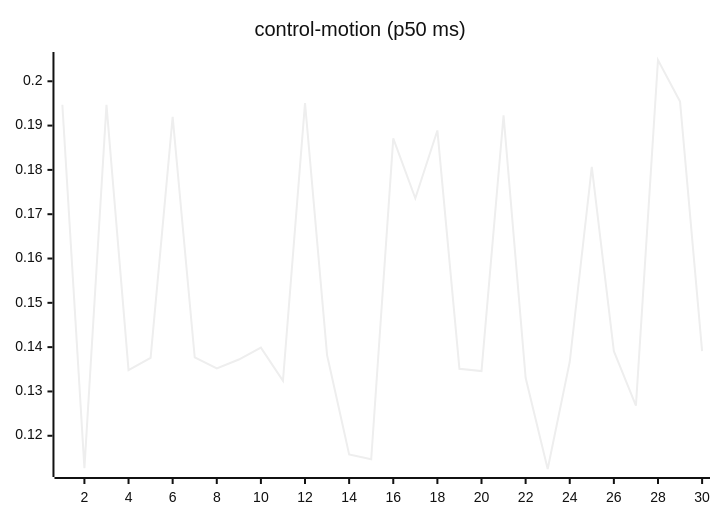
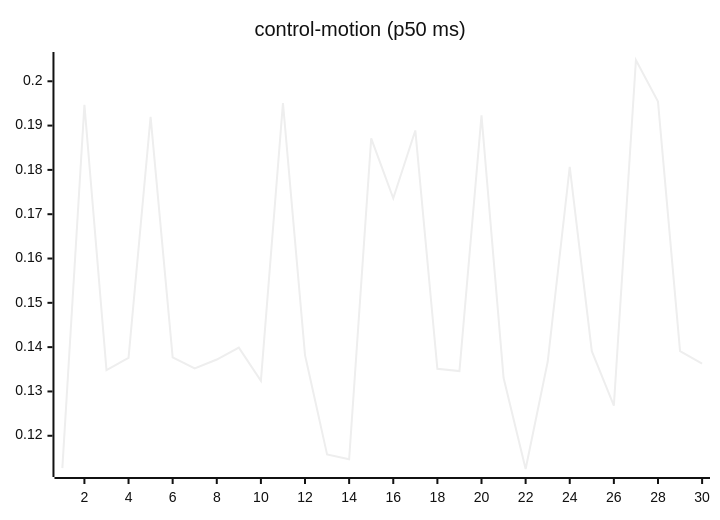
The seventh of 27 diagrams in README.md (josha/Facet), drawn with Mermaid (neutral theme) before and after one commit. The commit also changed other lines of this file and 2 other files, not shown here.

````diff
--- a/README.md
+++ b/README.md
@@ -105,6 +105,6 @@
 ```mermaid
 xychart-beta
     title "control-motion (p50 ms)"
     x-axis 1 --> 30
-    line [0.1947, 0.1127, 0.1947, 0.1348, 0.1376, 0.1920, 0.1377, 0.1352, 0.1372, 0.1399, 0.1324, 0.1951, 0.1382, 0.1158, 0.1147, 0.1871, 0.1736, 0.1889, 0.1351, 0.1346, 0.1923, 0.1331, 0.1125, 0.1367, 0.1807, 0.1391, 0.1268, 0.2048, 0.1954, 0.1391]
+    line [0.1127, 0.1947, 0.1348, 0.1376, 0.1920, 0.1377, 0.1352, 0.1372, 0.1399, 0.1324, 0.1951, 0.1382, 0.1158, 0.1147, 0.1871, 0.1736, 0.1889, 0.1351, 0.1346, 0.1923, 0.1331, 0.1125, 0.1367, 0.1807, 0.1391, 0.1268, 0.2048, 0.1954, 0.1391, 0.1363]
 ```
````
